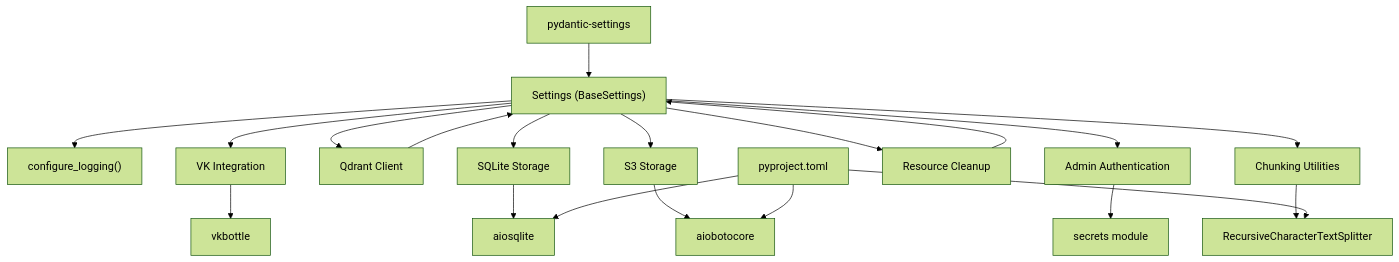
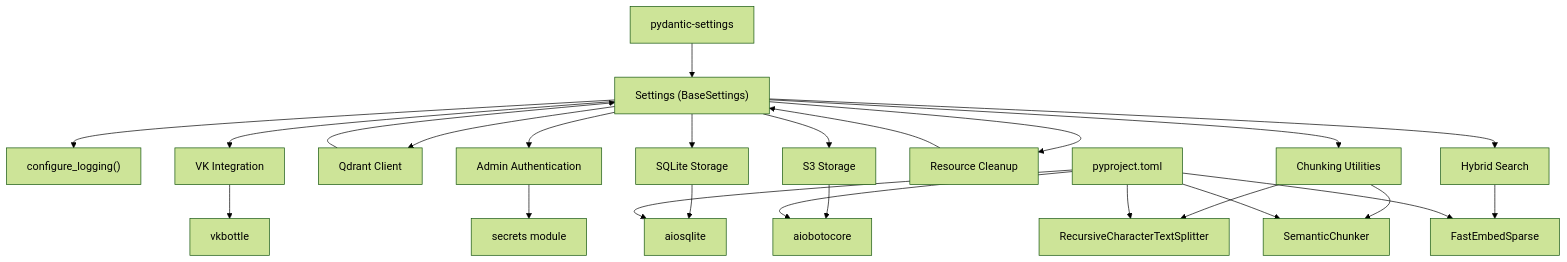
Before and after one commit to ognelis/cafetera_hr_bot: the sixth of 11 diagrams in .qoder/repowiki/en/content/Configuration Management.md, drawn with Mermaid (forest theme). The commit also changed other lines of this file and 10 other files, not shown here.

````diff
--- a/.qoder/repowiki/en/content/Configuration Management.md
+++ b/.qoder/repowiki/en/content/Configuration Management.md
@@ -388,38 +445,46 @@
 ```mermaid
 graph TB
 Settings["Settings (BaseSettings)"]
 Pydantic["pydantic-settings"]
 LoggingConfig["configure_logging()"]
 VKIntegration["VK Integration"]
 VKLib["vkbottle"]
 Qdrant["Qdrant Client"]
 SQLite["SQLite Storage"]
 Aiosqlite["aiosqlite"]
 S3Storage["S3 Storage"]
 Aiobotocore["aiobotocore"]
 AdminAuth["Admin Authentication"]
 Secrets["secrets module"]
 Cleanup["Resource Cleanup"]
 ChunkingUtils["Chunking Utilities"]
 RecursiveSplitter["RecursiveCharacterTextSplitter"]
+SemanticChunker["SemanticChunker"]
+HybridSearch["Hybrid Search"]
+FastEmbedSparse["FastEmbedSparse"]
 Pyproject["pyproject.toml"]
 Pydantic --> Settings
 Settings --> LoggingConfig
 Settings --> VKIntegration
 Settings --> Qdrant
 Settings --> SQLite
 Settings --> S3Storage
 Settings --> AdminAuth
 Settings --> Cleanup
 Settings --> ChunkingUtils
+Settings --> HybridSearch
 ChunkingUtils --> RecursiveSplitter
+ChunkingUtils --> SemanticChunker
+HybridSearch --> FastEmbedSparse
 VKIntegration --> VKLib
 Qdrant --> Settings
 SQLite --> Aiosqlite
 S3Storage --> Aiobotocore
 AdminAuth --> Secrets
 Cleanup --> Settings
 Pyproject --> Aiosqlite
 Pyproject --> Aiobotocore
 Pyproject --> RecursiveSplitter
+Pyproject --> SemanticChunker
+Pyproject --> FastEmbedSparse
 ```
````
